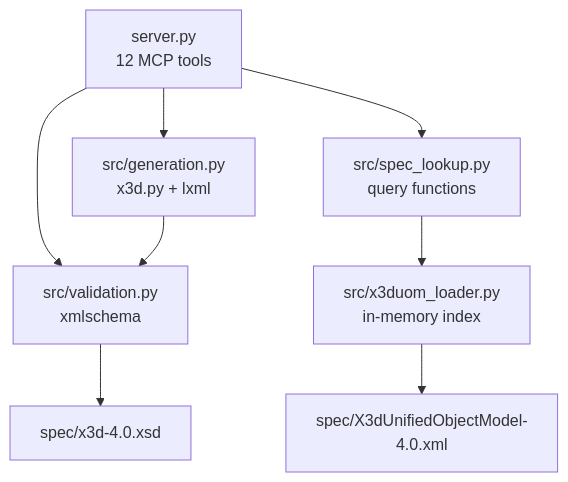
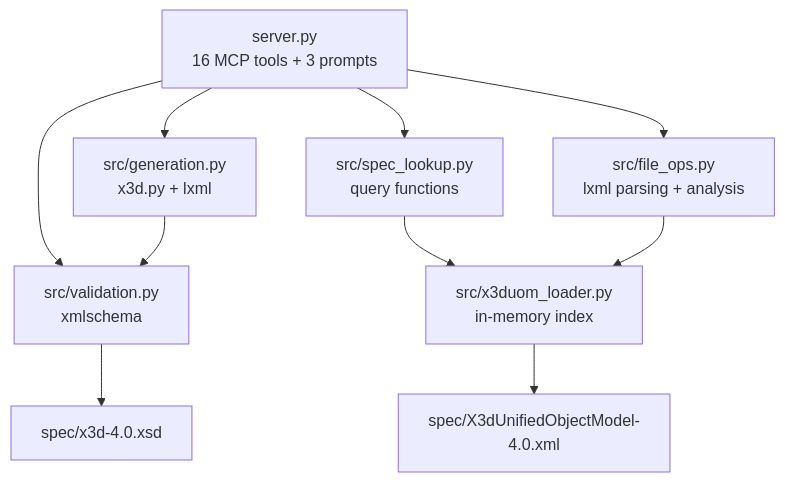
Before and after one commit to niknarra/x3d-mcp: the diagram in README.md, drawn with Mermaid. The commit also changed other lines of this file and 7 other files, not shown here.

````diff
--- a/README.md
+++ b/README.md
@@ -104,13 +174,15 @@
 ```mermaid
 flowchart TD
-    Server["server.py\n12 MCP tools"] --> Validation["src/validation.py\nxmlschema"]
+    Server["server.py\n16 MCP tools + 3 prompts"] --> Validation["src/validation.py\nxmlschema"]
     Server --> SpecLookup["src/spec_lookup.py\nquery functions"]
     Server --> Generation["src/generation.py\nx3d.py + lxml"]
+    Server --> FileOps["src/file_ops.py\nlxml parsing + analysis"]
 
     SpecLookup --> X3DUOM["src/x3duom_loader.py\nin-memory index"]
+    FileOps --> X3DUOM
 
     Validation --> XSD["spec/x3d-4.0.xsd"]
     X3DUOM --> UOM["spec/X3dUnifiedObjectModel-4.0.xml"]
 
     Generation --> Validation
 ```
````
